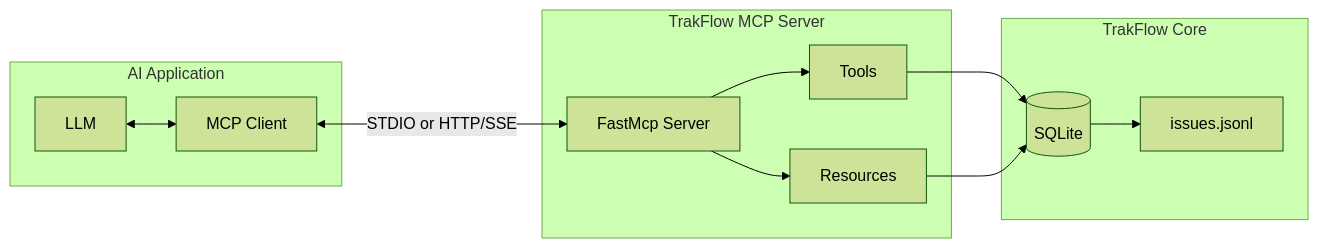
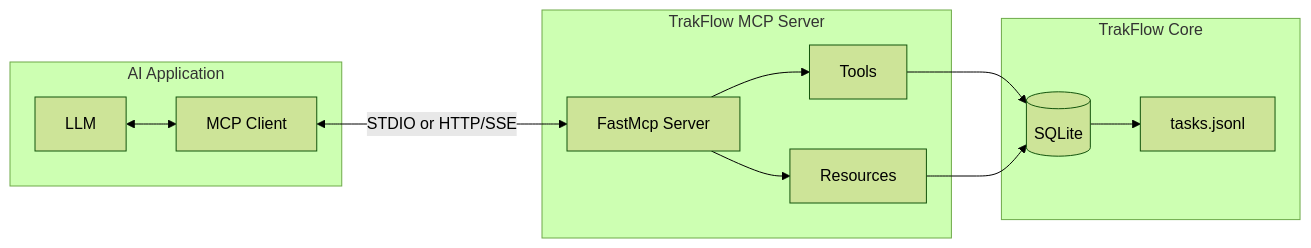
Before and after one commit to MadBomber/trak_flow: the diagram in docs/mcp/overview.md, drawn with Mermaid (forest theme). The commit also changed other lines of this file and 52 other files, not shown here.

````diff
--- a/docs/mcp/overview.md
+++ b/docs/mcp/overview.md
@@ -37,26 +59,26 @@
 ```mermaid
 graph LR
     subgraph "AI Application"
         LLM[LLM]
         Client[MCP Client]
     end
 
     subgraph "TrakFlow MCP Server"
         Server[FastMcp Server]
         Tools[Tools]
         Resources[Resources]
     end
 
     subgraph "TrakFlow Core"
         DB[(SQLite)]
-        JSONL[issues.jsonl]
+        JSONL[tasks.jsonl]
     end
 
     LLM <--> Client
     Client <-->|STDIO or HTTP/SSE| Server
     Server --> Tools
     Server --> Resources
     Tools --> DB
     Resources --> DB
     DB --> JSONL
 ```
````
